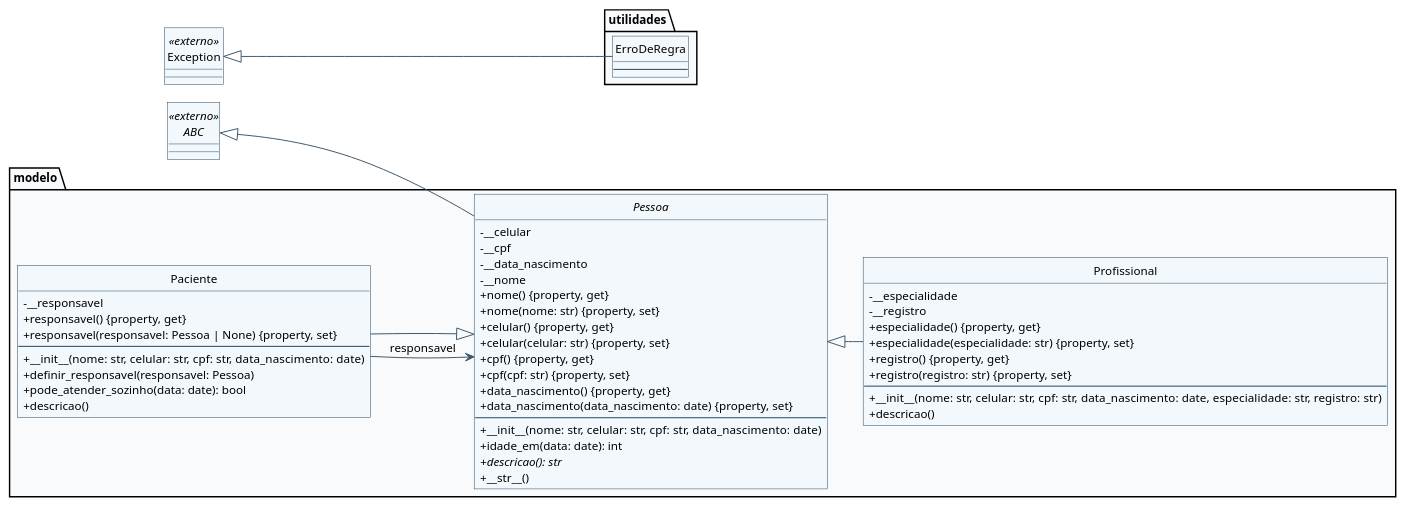
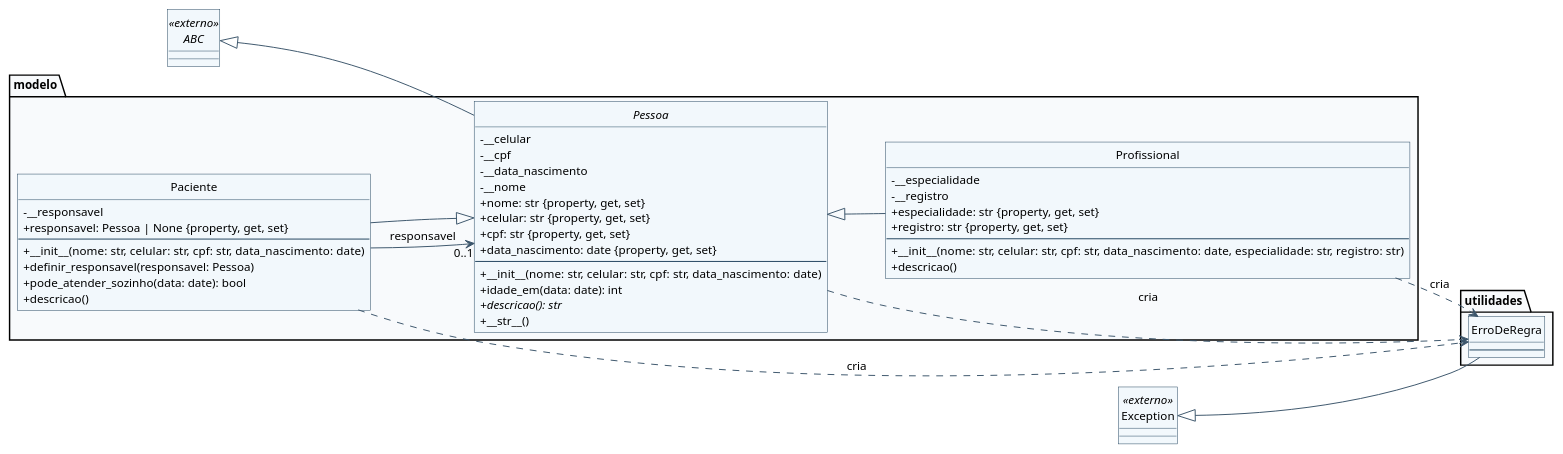
The diagram in diagrama.puml (leoOze/mvc-dsoo1), drawn with PlantUML before and after one commit. The commit also changed 1 other file, not shown here.

Commit message:
Melhora representação do diagrama UML
Properties como atributos com leitura e escrita;
Multiplicidade opcional na referência ao responsável;
Dependências de criação de ErroDeRegra.

```diff
--- a/diagrama.puml
+++ b/diagrama.puml
@@ -1,70 +1,66 @@
 @startuml
 !pragma layout smetana
 left to right direction
 skinparam defaultFontName Arial
 skinparam defaultFontSize 12
 skinparam shadowing false
 skinparam classAttributeIconSize 0
 skinparam roundcorner 0
 skinparam classBackgroundColor #F2F8FC
 skinparam classBorderColor #21435D
 skinparam ArrowColor #3B556B
 skinparam packageBackgroundColor #F8FAFC
 skinparam nodesep 45
 skinparam ranksep 65
 hide circle
 package "utilidades" {
 class ErroDeRegra {
 --
 }
 }
 package "modelo" {
 class Paciente {
 - __responsavel
-+ responsavel() {property, get}
-+ responsavel(responsavel: Pessoa | None) {property, set}
++ {field} responsavel: Pessoa | None {property, get, set}
 --
 + __init__(nome: str, celular: str, cpf: str, data_nascimento: date)
 + definir_responsavel(responsavel: Pessoa)
 + pode_atender_sozinho(data: date): bool
 + descricao()
 }
 abstract class Pessoa {
 - __celular
 - __cpf
 - __data_nascimento
 - __nome
-+ nome() {property, get}
-+ nome(nome: str) {property, set}
-+ celular() {property, get}
-+ celular(celular: str) {property, set}
-+ cpf() {property, get}
-+ cpf(cpf: str) {property, set}
-+ data_nascimento() {property, get}
-+ data_nascimento(data_nascimento: date) {property, set}
++ {field} nome: str {property, get, set}
++ {field} celular: str {property, get, set}
++ {field} cpf: str {property, get, set}
++ {field} data_nascimento: date {property, get, set}
 --
 + __init__(nome: str, celular: str, cpf: str, data_nascimento: date)
 + idade_em(data: date): int
 {abstract} + descricao(): str
 + __str__()
 }
 class Profissional {
 - __especialidade
 - __registro
-+ especialidade() {property, get}
-+ especialidade(especialidade: str) {property, set}
-+ registro() {property, get}
-+ registro(registro: str) {property, set}
++ {field} especialidade: str {property, get, set}
++ {field} registro: str {property, get, set}
 --
 + __init__(nome: str, celular: str, cpf: str, data_nascimento: date, especialidade: str, registro: str)
 + descricao()
 }
 }
 abstract class ABC <<externo>>
 class Exception <<externo>>
 Exception <|-- ErroDeRegra
 Pessoa <|-- Paciente
 ABC <|-- Pessoa
 Pessoa <|-- Profissional
-Paciente --> Pessoa : responsavel
+Paciente --> "0..1" Pessoa : responsavel
+Paciente ..> ErroDeRegra : cria
+Pessoa ..> ErroDeRegra : cria
+Profissional ..> ErroDeRegra : cria
 @enduml
```
